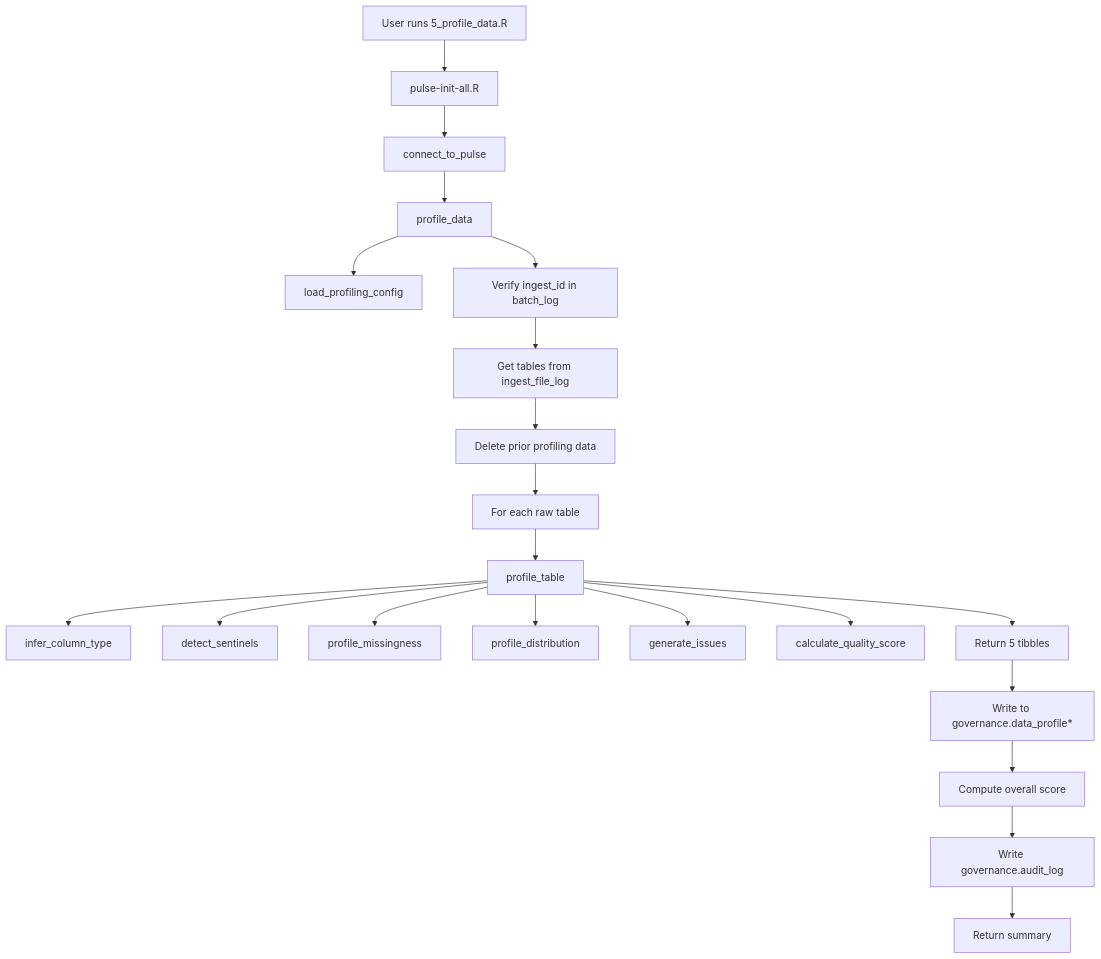
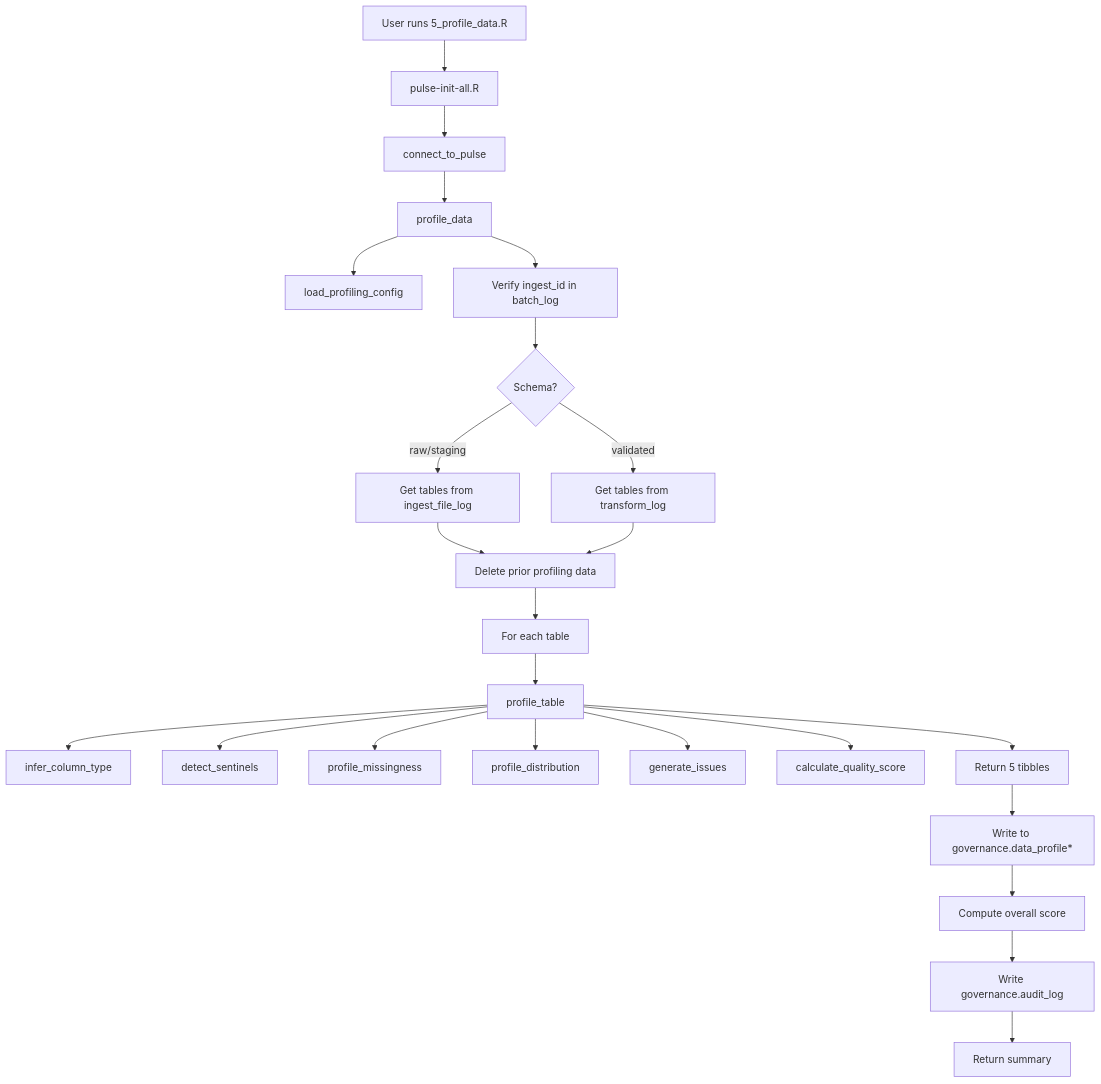
The diagram in docs/step5/step5_sop_summary.md (NBrittonPhD/pulse-pipeline), drawn with Mermaid before and after one commit. The commit also changed other lines of this file and 26 other files, not shown here.

````diff
--- a/docs/step5/step5_sop_summary.md
+++ b/docs/step5/step5_sop_summary.md
@@ -70,23 +76,26 @@
 ```mermaid
 flowchart TD
     A[User runs 5_profile_data.R] --> B[pulse-init-all.R]
     B --> C[connect_to_pulse]
     C --> D[profile_data]
     D --> E[load_profiling_config]
     D --> F[Verify ingest_id in batch_log]
-    F --> G[Get tables from ingest_file_log]
-    G --> H[Delete prior profiling data]
-    H --> I[For each raw table]
+    F --> G{Schema?}
+    G -->|raw/staging| G1[Get tables from ingest_file_log]
+    G -->|validated| G2[Get tables from transform_log]
+    G1 --> H[Delete prior profiling data]
+    G2 --> H
+    H --> I[For each table]
     I --> J[profile_table]
     J --> J1[infer_column_type]
     J --> J2[detect_sentinels]
     J --> J3[profile_missingness]
     J --> J4[profile_distribution]
     J --> J5[generate_issues]
     J --> J6[calculate_quality_score]
     J --> K[Return 5 tibbles]
     K --> L[Write to governance.data_profile*]
     L --> M[Compute overall score]
     M --> N[Write governance.audit_log]
     N --> O[Return summary]
 ```
````
